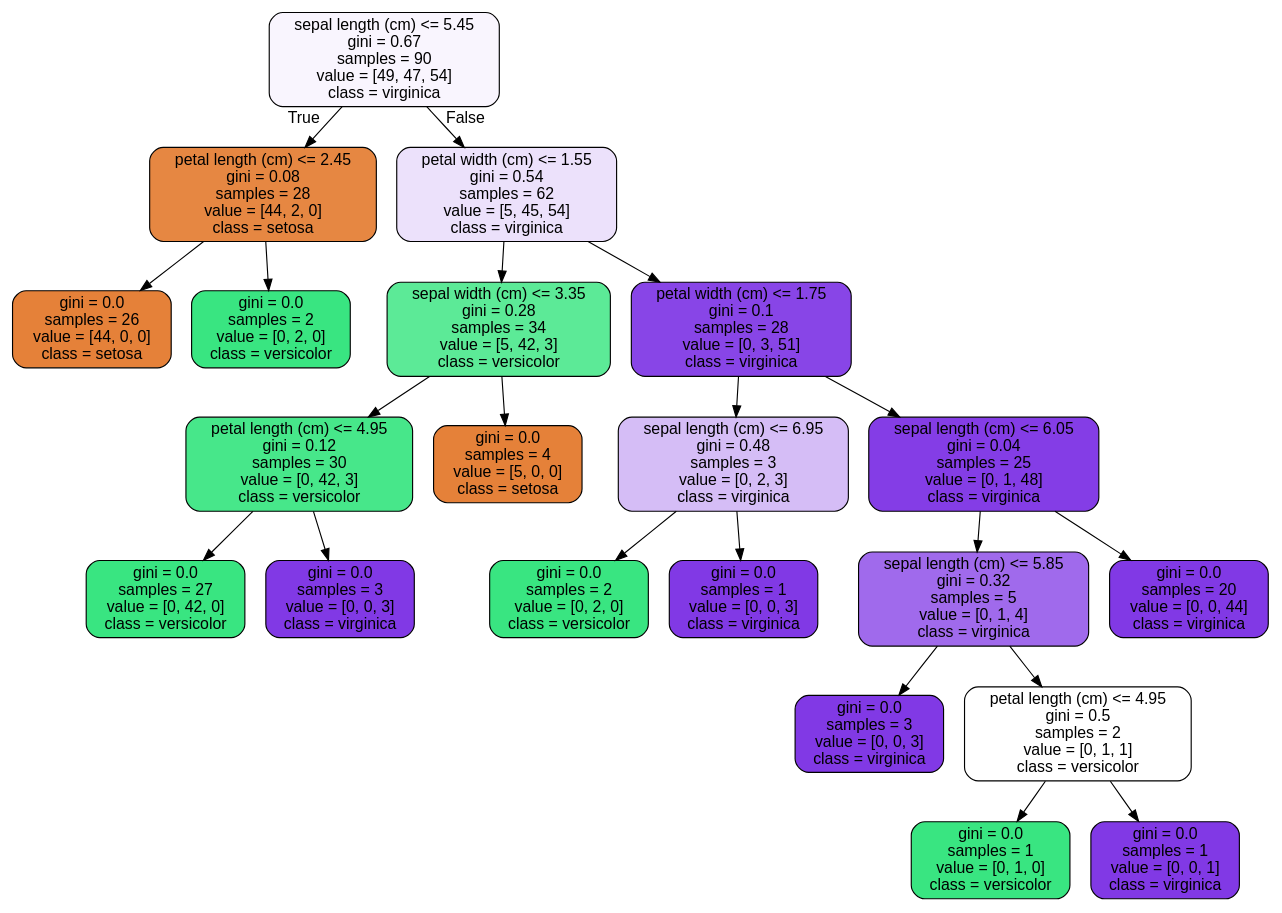
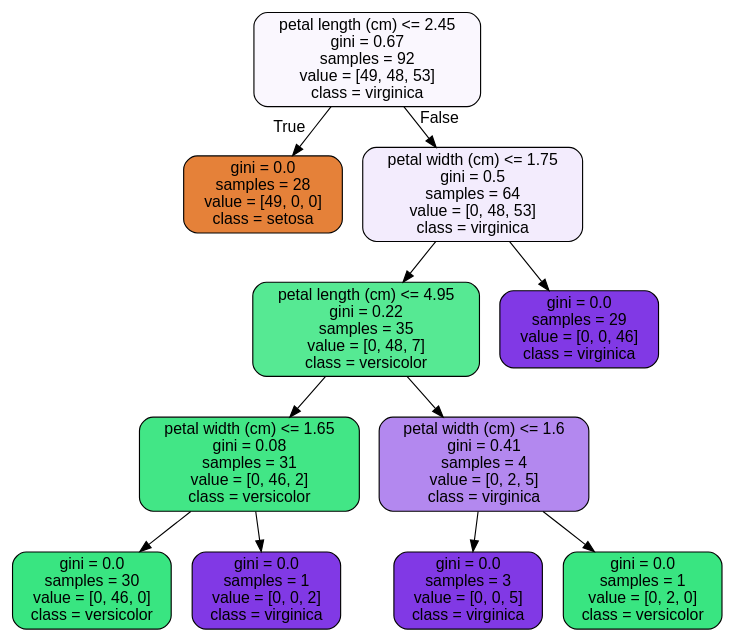
One commit to jonnross88/Springboard changed the diagram in u14_supervised_learning/Random Forest Covid Case Study/tree.dot. Above: the diagram before and after it, drawn with Graphviz. The commit also changed 2 other files, not shown here.

```diff
--- a/u14_supervised_learning/Random Forest Covid Case Study/tree.dot
+++ b/u14_supervised_learning/Random Forest Covid Case Study/tree.dot
@@ -1,45 +1,25 @@
 digraph Tree {
 node [shape=box, style="filled, rounded", color="black", fontname="helvetica"] ;
 edge [fontname="helvetica"] ;
-0 [label="sepal length (cm) <= 5.45\ngini = 0.67\nsamples = 90\nvalue = [49, 47, 54]\nclass = virginica", fillcolor="#f9f5fe"] ;
-1 [label="petal length (cm) <= 2.45\ngini = 0.08\nsamples = 28\nvalue = [44, 2, 0]\nclass = setosa", fillcolor="#e68742"] ;
+0 [label="petal length (cm) <= 2.45\ngini = 0.67\nsamples = 92\nvalue = [49, 48, 53]\nclass = virginica", fillcolor="#faf7fe"] ;
+1 [label="gini = 0.0\nsamples = 28\nvalue = [49, 0, 0]\nclass = setosa", fillcolor="#e58139"] ;
 0 -> 1 [labeldistance=2.5, labelangle=45, headlabel="True"] ;
-2 [label="gini = 0.0\nsamples = 26\nvalue = [44, 0, 0]\nclass = setosa", fillcolor="#e58139"] ;
-1 -> 2 ;
-3 [label="gini = 0.0\nsamples = 2\nvalue = [0, 2, 0]\nclass = versicolor", fillcolor="#39e581"] ;
-1 -> 3 ;
-4 [label="petal width (cm) <= 1.55\ngini = 0.54\nsamples = 62\nvalue = [5, 45, 54]\nclass = virginica", fillcolor="#ece1fb"] ;
-0 -> 4 [labeldistance=2.5, labelangle=-45, headlabel="False"] ;
-5 [label="sepal width (cm) <= 3.35\ngini = 0.28\nsamples = 34\nvalue = [5, 42, 3]\nclass = versicolor", fillcolor="#5cea97"] ;
+2 [label="petal width (cm) <= 1.75\ngini = 0.5\nsamples = 64\nvalue = [0, 48, 53]\nclass = virginica", fillcolor="#f3ecfd"] ;
+0 -> 2 [labeldistance=2.5, labelangle=-45, headlabel="False"] ;
+3 [label="petal length (cm) <= 4.95\ngini = 0.22\nsamples = 35\nvalue = [0, 48, 7]\nclass = versicolor", fillcolor="#56e993"] ;
+2 -> 3 ;
+4 [label="petal width (cm) <= 1.65\ngini = 0.08\nsamples = 31\nvalue = [0, 46, 2]\nclass = versicolor", fillcolor="#42e686"] ;
+3 -> 4 ;
+5 [label="gini = 0.0\nsamples = 30\nvalue = [0, 46, 0]\nclass = versicolor", fillcolor="#39e581"] ;
 4 -> 5 ;
-6 [label="petal length (cm) <= 4.95\ngini = 0.12\nsamples = 30\nvalue = [0, 42, 3]\nclass = versicolor", fillcolor="#47e78a"] ;
-5 -> 6 ;
-7 [label="gini = 0.0\nsamples = 27\nvalue = [0, 42, 0]\nclass = versicolor", fillcolor="#39e581"] ;
-6 -> 7 ;
-8 [label="gini = 0.0\nsamples = 3\nvalue = [0, 0, 3]\nclass = virginica", fillcolor="#8139e5"] ;
-6 -> 8 ;
-9 [label="gini = 0.0\nsamples = 4\nvalue = [5, 0, 0]\nclass = setosa", fillcolor="#e58139"] ;
-5 -> 9 ;
-10 [label="petal width (cm) <= 1.75\ngini = 0.1\nsamples = 28\nvalue = [0, 3, 51]\nclass = virginica", fillcolor="#8845e7"] ;
-4 -> 10 ;
-11 [label="sepal length (cm) <= 6.95\ngini = 0.48\nsamples = 3\nvalue = [0, 2, 3]\nclass = virginica", fillcolor="#d5bdf6"] ;
-10 -> 11 ;
-12 [label="gini = 0.0\nsamples = 2\nvalue = [0, 2, 0]\nclass = versicolor", fillcolor="#39e581"] ;
-11 -> 12 ;
-13 [label="gini = 0.0\nsamples = 1\nvalue = [0, 0, 3]\nclass = virginica", fillcolor="#8139e5"] ;
-11 -> 13 ;
-14 [label="sepal length (cm) <= 6.05\ngini = 0.04\nsamples = 25\nvalue = [0, 1, 48]\nclass = virginica", fillcolor="#843de6"] ;
-10 -> 14 ;
-15 [label="sepal length (cm) <= 5.85\ngini = 0.32\nsamples = 5\nvalue = [0, 1, 4]\nclass = virginica", fillcolor="#a06aec"] ;
-14 -> 15 ;
-16 [label="gini = 0.0\nsamples = 3\nvalue = [0, 0, 3]\nclass = virginica", fillcolor="#8139e5"] ;
-15 -> 16 ;
-17 [label="petal length (cm) <= 4.95\ngini = 0.5\nsamples = 2\nvalue = [0, 1, 1]\nclass = versicolor", fillcolor="#ffffff"] ;
-15 -> 17 ;
-18 [label="gini = 0.0\nsamples = 1\nvalue = [0, 1, 0]\nclass = versicolor", fillcolor="#39e581"] ;
-17 -> 18 ;
-19 [label="gini = 0.0\nsamples = 1\nvalue = [0, 0, 1]\nclass = virginica", fillcolor="#8139e5"] ;
-17 -> 19 ;
-20 [label="gini = 0.0\nsamples = 20\nvalue = [0, 0, 44]\nclass = virginica", fillcolor="#8139e5"] ;
-14 -> 20 ;
+6 [label="gini = 0.0\nsamples = 1\nvalue = [0, 0, 2]\nclass = virginica", fillcolor="#8139e5"] ;
+4 -> 6 ;
+7 [label="petal width (cm) <= 1.6\ngini = 0.41\nsamples = 4\nvalue = [0, 2, 5]\nclass = virginica", fillcolor="#b388ef"] ;
+3 -> 7 ;
+8 [label="gini = 0.0\nsamples = 3\nvalue = [0, 0, 5]\nclass = virginica", fillcolor="#8139e5"] ;
+7 -> 8 ;
+9 [label="gini = 0.0\nsamples = 1\nvalue = [0, 2, 0]\nclass = versicolor", fillcolor="#39e581"] ;
+7 -> 9 ;
+10 [label="gini = 0.0\nsamples = 29\nvalue = [0, 0, 46]\nclass = virginica", fillcolor="#8139e5"] ;
+2 -> 10 ;
 }
```
